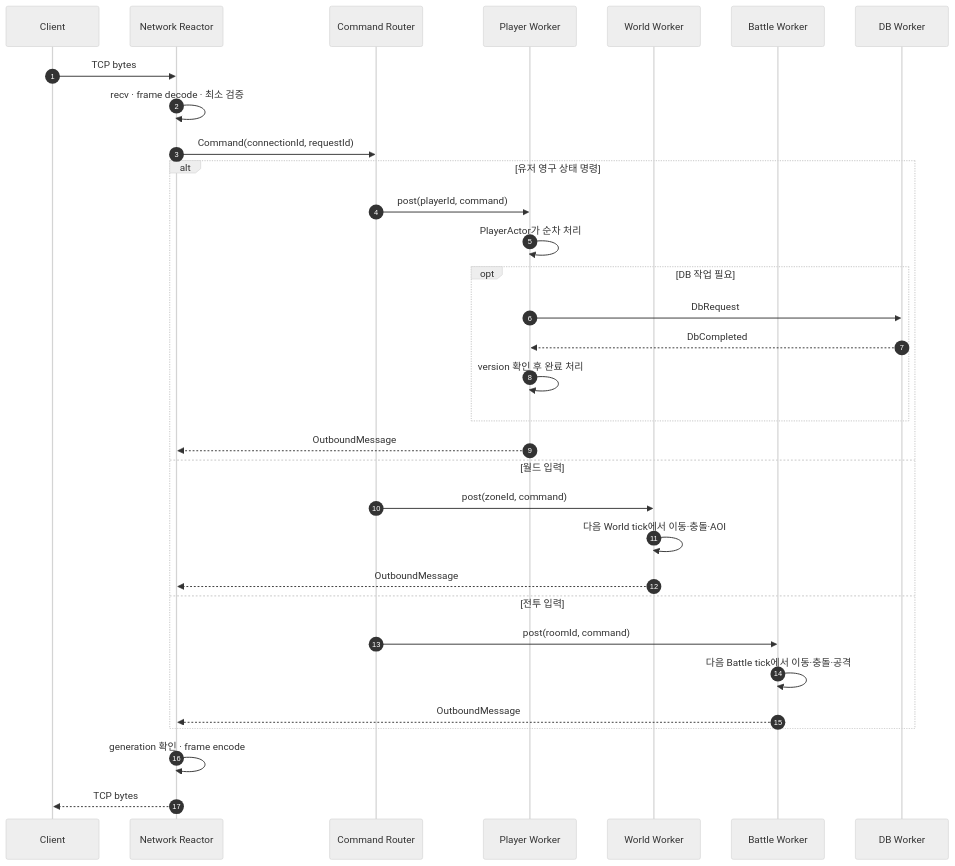
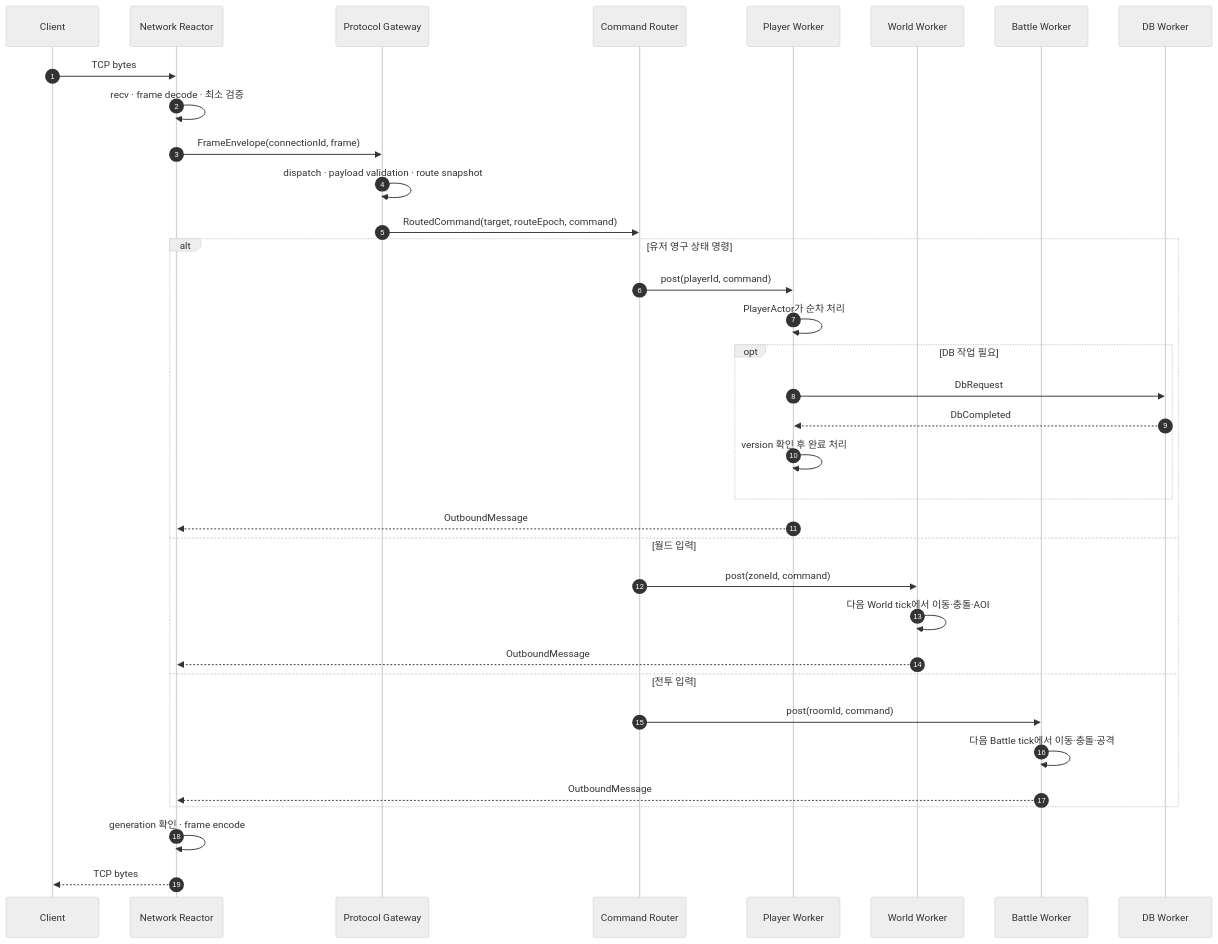
The second of 3 diagrams in docs/server-architecture-draft.md (oak-cassia/SnF), drawn with Mermaid (neutral theme) before and after one commit. The commit also changed other lines of this file and 56 other files, not shown here.

````diff
--- a/docs/server-architecture-draft.md
+++ b/docs/server-architecture-draft.md
@@ -342,37 +359,40 @@
 ```mermaid
 sequenceDiagram
     autonumber
     participant C as Client
     participant N as Network Reactor
+    participant G as Protocol Gateway
     participant R as Command Router
     participant P as Player Worker
     participant W as World Worker
     participant B as Battle Worker
     participant D as DB Worker
 
     C->>N: TCP bytes
     N->>N: recv · frame decode · 최소 검증
-    N->>R: Command(connectionId, requestId)
+    N->>G: FrameEnvelope(connectionId, frame)
+    G->>G: dispatch · payload validation · route snapshot
+    G->>R: RoutedCommand(target, routeEpoch, command)
 
     alt 유저 영구 상태 명령
         R->>P: post(playerId, command)
         P->>P: PlayerActor가 순차 처리
         opt DB 작업 필요
             P->>D: DbRequest
             D-->>P: DbCompleted
             P->>P: version 확인 후 완료 처리
         end
         P-->>N: OutboundMessage
     else 월드 입력
         R->>W: post(zoneId, command)
         W->>W: 다음 World tick에서 이동·충돌·AOI
         W-->>N: OutboundMessage
     else 전투 입력
         R->>B: post(roomId, command)
         B->>B: 다음 Battle tick에서 이동·충돌·공격
         B-->>N: OutboundMessage
     end
 
     N->>N: generation 확인 · frame encode
     N-->>C: TCP bytes
 ```
````
